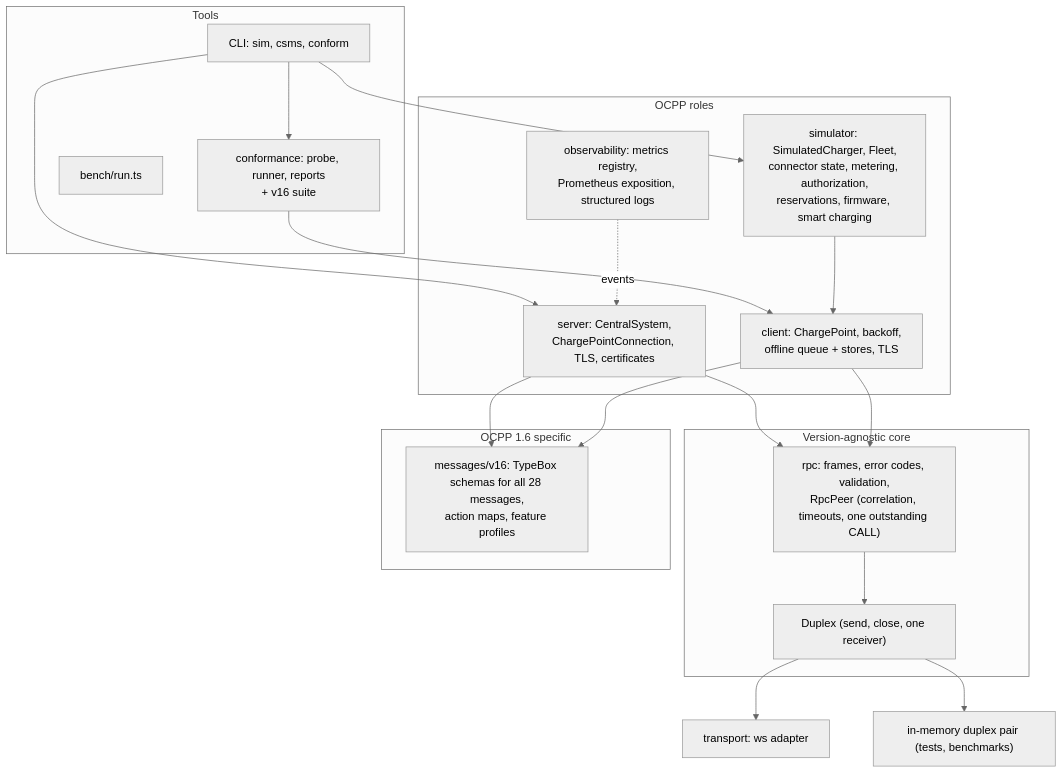
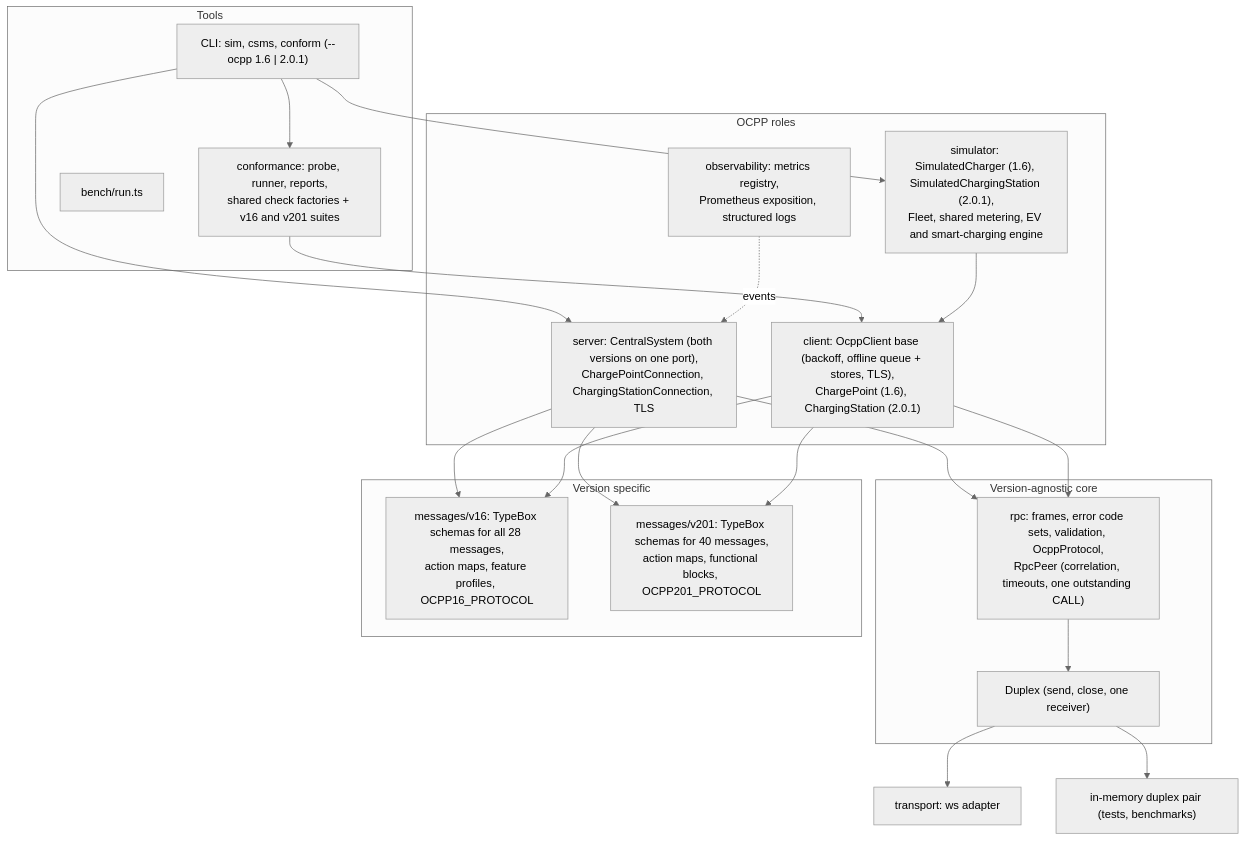
One commit to houssammehdi/ocpp-kit changed the first of 4 diagrams in docs/architecture.md. Above: the diagram before and after it, drawn with Mermaid (neutral theme). The commit also changed other lines of this file, not shown here.

First line of the commit message:
docs(architecture): describe the multi-version design

````diff
--- a/docs/architecture.md
+++ b/docs/architecture.md
@@ -6,35 +9,36 @@
 ```mermaid
 flowchart TB
   subgraph Tools["Tools"]
-    CLI["CLI: sim, csms, conform"]
-    CONF["conformance: probe, runner, reports<br/>+ v16 suite"]
+    CLI["CLI: sim, csms, conform (--ocpp 1.6 | 2.0.1)"]
+    CONF["conformance: probe, runner, reports,<br/>shared check factories + v16 and v201 suites"]
     BENCH["bench/run.ts"]
   end
   subgraph Roles["OCPP roles"]
-    SRV["server: CentralSystem,<br/>ChargePointConnection, TLS, certificates"]
-    CLT["client: ChargePoint, backoff,<br/>offline queue + stores, TLS"]
-    SIM["simulator: SimulatedCharger, Fleet,<br/>connector state, metering, authorization,<br/>reservations, firmware, smart charging"]
+    SRV["server: CentralSystem (both versions on one port),<br/>ChargePointConnection, ChargingStationConnection, TLS"]
+    CLT["client: OcppClient base (backoff, offline queue + stores, TLS),<br/>ChargePoint (1.6), ChargingStation (2.0.1)"]
+    SIM["simulator: SimulatedCharger (1.6), SimulatedChargingStation (2.0.1),<br/>Fleet, shared metering, EV and smart-charging engine"]
     OBS["observability: metrics registry,<br/>Prometheus exposition, structured logs"]
   end
   subgraph Core["Version-agnostic core"]
-    RPC["rpc: frames, error codes, validation,<br/>RpcPeer (correlation, timeouts, one outstanding CALL)"]
+    RPC["rpc: frames, error code sets, validation, OcppProtocol,<br/>RpcPeer (correlation, timeouts, one outstanding CALL)"]
     DPX["Duplex (send, close, one receiver)"]
   end
-  subgraph V16["OCPP 1.6 specific"]
-    MSG["messages/v16: TypeBox schemas for all 28 messages,<br/>action maps, feature profiles"]
+  subgraph Versions["Version specific"]
+    MSG16["messages/v16: TypeBox schemas for all 28 messages,<br/>action maps, feature profiles, OCPP16_PROTOCOL"]
+    MSG201["messages/v201: TypeBox schemas for 40 messages,<br/>action maps, functional blocks, OCPP201_PROTOCOL"]
   end
   WS["transport: ws adapter"]
   MEM["in-memory duplex pair (tests, benchmarks)"]
 
   CLI --> SIM & SRV & CONF
   CONF --> CLT
   SIM --> CLT
   OBS -. events .-> SRV
   SRV --> RPC
   CLT --> RPC
-  SRV --> MSG
-  CLT --> MSG
+  SRV --> MSG16 & MSG201
+  CLT --> MSG16 & MSG201
   RPC --> DPX
   DPX --> WS
   DPX --> MEM
 ```
````
